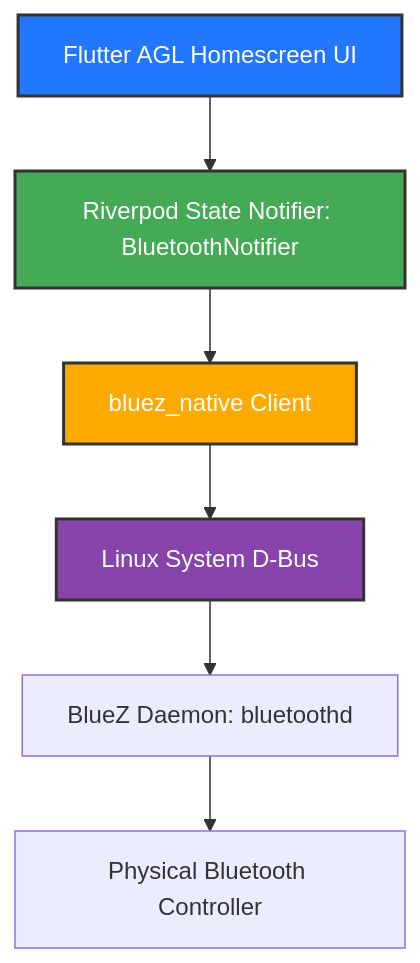
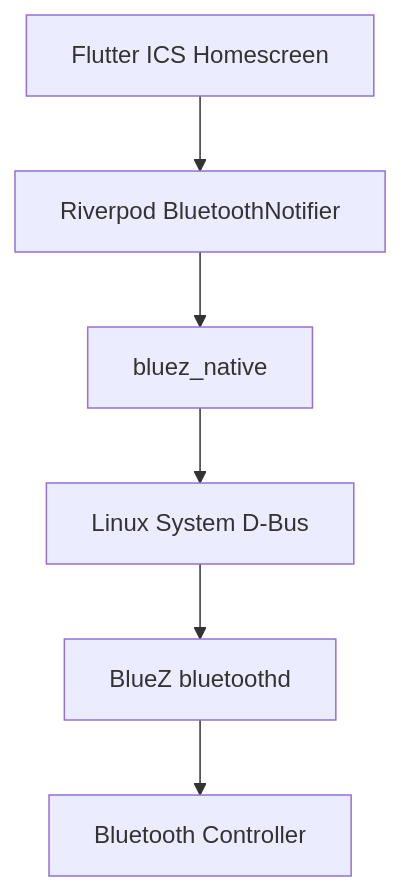
One commit to jaydon2020/agl-bluetooth-integration-gsoc26 changed the first of 7 diagrams in docs/content/guide/bluetooth-settings.md. Above: the diagram before and after it, drawn with Mermaid. The commit also changed other lines of this file, not shown here.

Commit message:
docs: update Bluetooth Settings Module

```diff
--- a/docs/content/guide/bluetooth-settings.md
+++ b/docs/content/guide/bluetooth-settings.md
@@ -27,13 +27,8 @@
 <pre class="mermaid">
 graph TD
-    UI[Flutter AGL Homescreen UI] --> Riverpod[Riverpod State Notifier: BluetoothNotifier]
-    Riverpod --> BlueZClient[bluez_native Client]
-    BlueZClient --> DBus[Linux System D-Bus]
-    DBus --> BlueZ[BlueZ Daemon: bluetoothd]
-    BlueZ --> HW[Physical Bluetooth Controller]
-    
-    style UI fill:#2277FF,stroke:#333,stroke-width:2px,color:#fff
-    style Riverpod fill:#44AA55,stroke:#333,stroke-width:2px,color:#fff
-    style BlueZClient fill:#FFAA00,stroke:#333,stroke-width:2px,color:#fff
-    style DBus fill:#8844AA,stroke:#333,stroke-width:2px,color:#fff
+    UI[Flutter ICS Homescreen] --> N[Riverpod BluetoothNotifier]
+    N --> BN[bluez_native]
+    BN --> DBus[Linux System D-Bus]
+    DBus --> B[BlueZ bluetoothd]
+    B --> HW[Bluetooth Controller]
 </pre>
```
